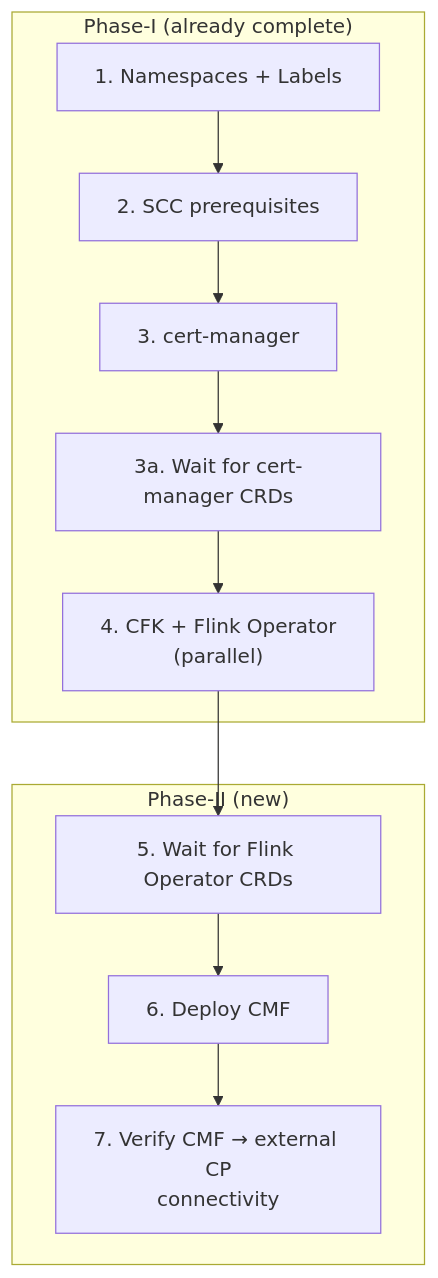
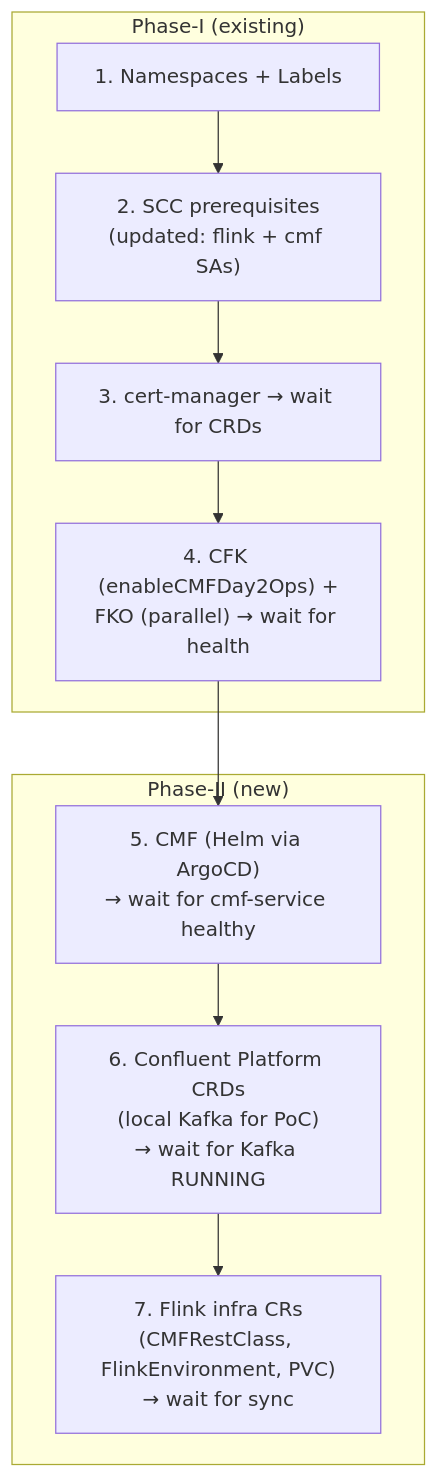
One commit to aadmassu/flink-on-k8s-with-cp changed the third of 3 diagrams in README-PHASE-II.md. Above: the diagram before and after it, drawn with Mermaid. The commit also changed other lines of this file and 48 other files, not shown here.

First line of the commit message:
Implement Phase-II: CMF Helm chart, local Kafka, Flink infra CRs

````diff
--- a/README-PHASE-II.md
+++ b/README-PHASE-II.md
@@ -325,22 +198,21 @@
 ```mermaid
 flowchart TD
-    subgraph phase1["Phase-I (already complete)"]
+    subgraph phase1["Phase-I (existing)"]
         s1["1. Namespaces + Labels"]
-        s2["2. SCC prerequisites"]
-        s3["3. cert-manager"]
-        s3a["3a. Wait for cert-manager CRDs"]
-        s4["4. CFK + Flink Operator<br>(parallel)"]
+        s2["2. SCC prerequisites<br>(updated: flink + cmf SAs)"]
+        s3["3. cert-manager → wait for CRDs"]
+        s4["4. CFK (enableCMFDay2Ops) +<br>FKO (parallel) → wait for health"]
 
-        s1 --> s2 --> s3 --> s3a --> s4
+        s1 --> s2 --> s3 --> s4
     end
 
     subgraph phase2["Phase-II (new)"]
-        s5["5. Wait for Flink Operator CRDs"]
-        s6["6. Deploy CMF"]
-        s7["7. Verify CMF → external CP<br>connectivity"]
+        s6["5. CMF (Helm via ArgoCD)<br>→ wait for cmf-service healthy"]
+        s7["6. Confluent Platform CRDs<br>(local Kafka for PoC)<br>→ wait for Kafka RUNNING"]
+        s8["7. Flink infra CRs<br>(CMFRestClass, FlinkEnvironment, PVC)<br>→ wait for sync"]
 
-        s5 --> s6 --> s7
+        s6 --> s7 --> s8
     end
 
-    s4 --> s5
+    s4 --> s6
 ```
````
